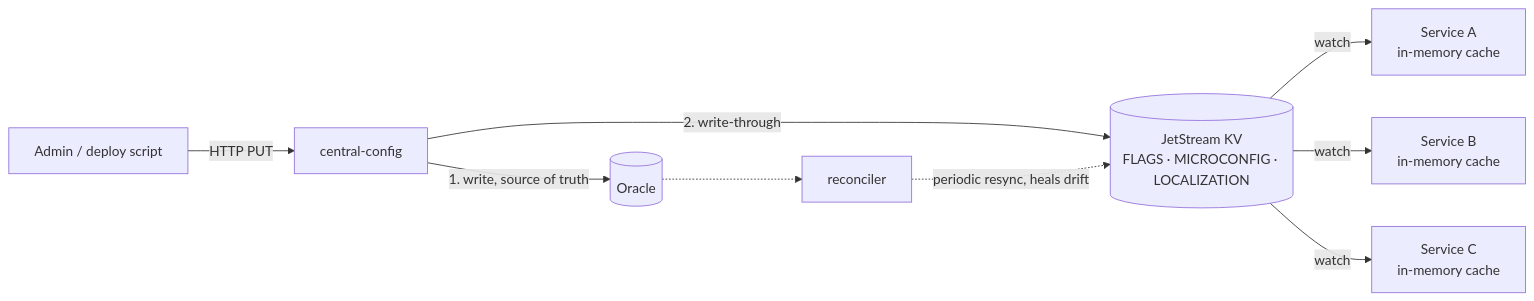
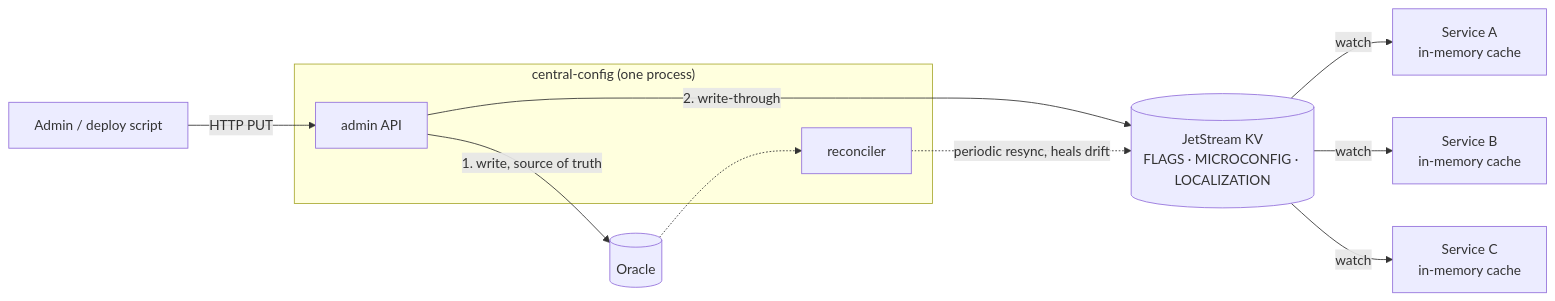
The diagram in README.md (AliAladraj/Central-Config-Stream), drawn with Mermaid before and after one commit. The commit also changed other lines of this file and 8 other files, not shown here.

````diff
--- a/README.md
+++ b/README.md
@@ -29,11 +169,17 @@
 ```mermaid
 flowchart LR
-    admin[Admin / deploy script] -->|HTTP PUT| cc[central-config]
+    admin[Admin / deploy script] -->|HTTP PUT| cc
+
+    subgraph proc["central-config (one process)"]
+        cc[admin API]
+        rec[reconciler]
+    end
+
     cc -->|1. write, source of truth| ora[(Oracle)]
     cc -->|2. write-through| kv[(JetStream KV<br/>FLAGS · MICROCONFIG · LOCALIZATION)]
-    rec[reconciler] -.->|periodic resync, heals drift| kv
+    rec -.->|periodic resync, heals drift| kv
     ora -.-> rec
     kv -->|watch| s1[Service A<br/>in-memory cache]
     kv -->|watch| s2[Service B<br/>in-memory cache]
     kv -->|watch| s3[Service C<br/>in-memory cache]
 ```
````
